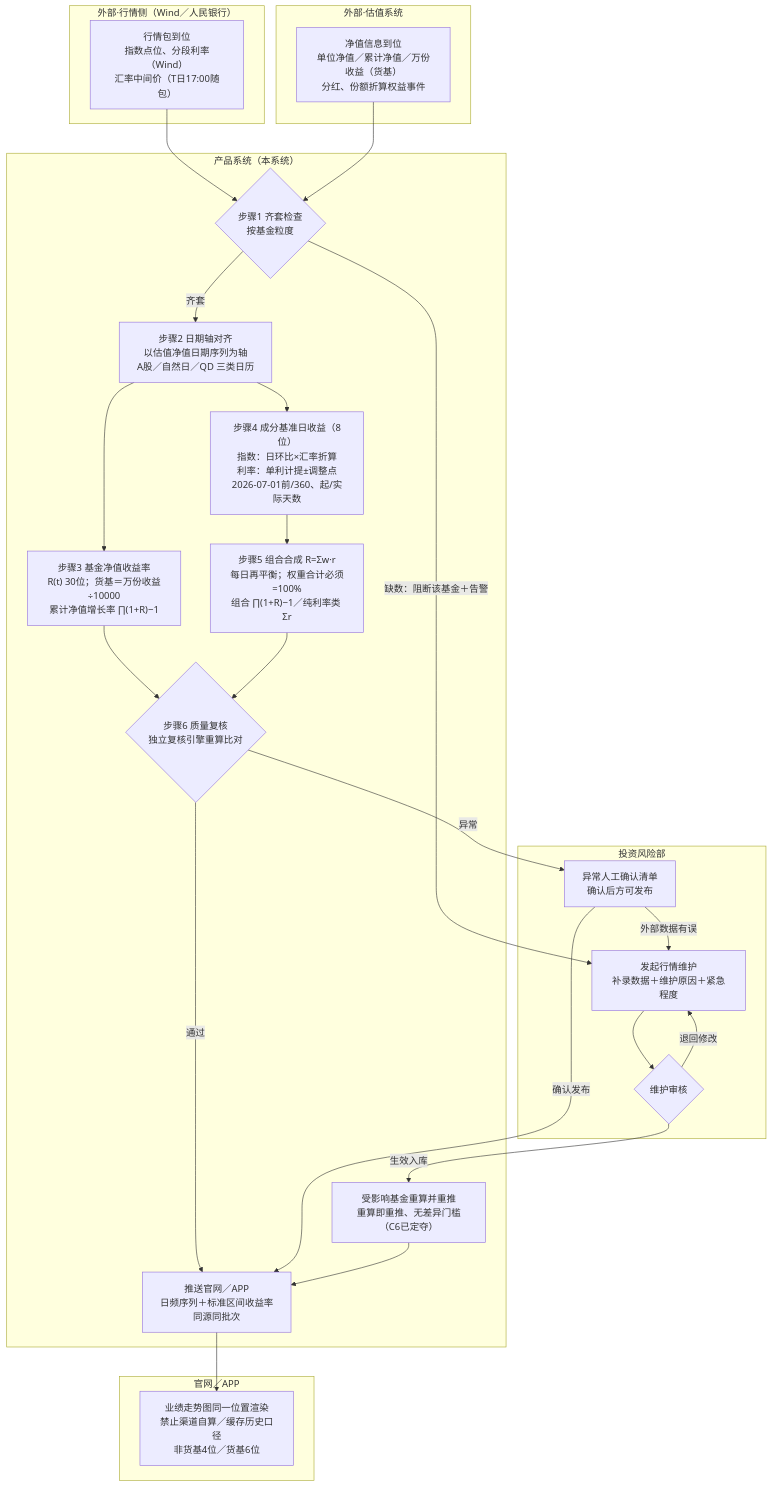
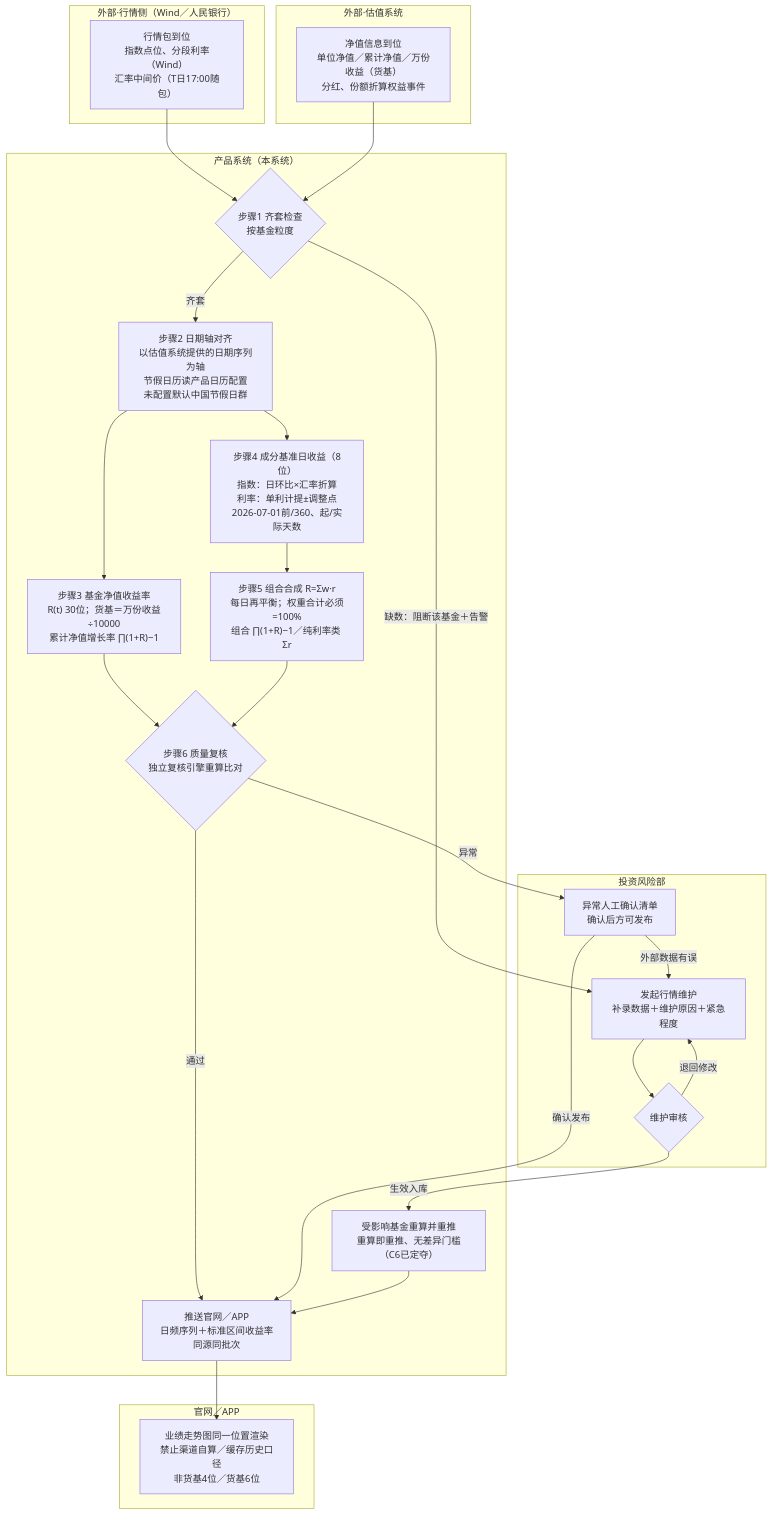
Before and after one commit to jhlw/jhlw: the diagram in 项目/业绩比较基准/流程图/每日计算与披露流程-流程图.md, drawn with Mermaid. The commit also changed other lines of this file and 10 other files, not shown here.

````diff
--- a/项目/业绩比较基准/流程图/每日计算与披露流程-流程图.md
+++ b/项目/业绩比较基准/流程图/每日计算与披露流程-流程图.md
@@ -10,46 +10,46 @@
 ```mermaid
 flowchart TD
     subgraph L1["外部·行情侧（Wind／人民银行）"]
         A["行情包到位<br/>指数点位、分段利率（Wind）<br/>汇率中间价（T日17:00随包）"]
     end
     subgraph L2["外部·估值系统"]
         B["净值信息到位<br/>单位净值／累计净值／万份收益（货基）<br/>分红、份额折算权益事件"]
     end
     subgraph L3["产品系统（本系统）"]
         C{"步骤1 齐套检查<br/>按基金粒度"}
-        D["步骤2 日期轴对齐<br/>以估值净值日期序列为轴<br/>A股／自然日／QD 三类日历"]
+        D["步骤2 日期轴对齐<br/>以估值系统提供的日期序列为轴<br/>节假日历读产品日历配置<br/>未配置默认中国节假日群"]
         E["步骤3 基金净值收益率<br/>R(t) 30位；货基＝万份收益÷10000<br/>累计净值增长率 ∏(1+R)−1"]
         F["步骤4 成分基准日收益（8位）<br/>指数：日环比×汇率折算<br/>利率：单利计提±调整点<br/>2026-07-01前/360、起/实际天数"]
         G["步骤5 组合合成 R=Σw·r<br/>每日再平衡；权重合计必须=100%<br/>组合 ∏(1+R)−1／纯利率类 Σr"]
         H{"步骤6 质量复核<br/>独立复核引擎重算比对"}
         K["推送官网／APP<br/>日频序列＋标准区间收益率<br/>同源同批次"]
         N["受影响基金重算并重推<br/>重算即重推、无差异门槛（C6已定夺）"]
     end
     subgraph L4["投资风险部"]
         I["异常人工确认清单<br/>确认后方可发布"]
         L["发起行情维护<br/>补录数据＋维护原因＋紧急程度"]
         M{"维护审核"}
     end
     subgraph L5["官网／APP"]
         J["业绩走势图同一位置渲染<br/>禁止渠道自算／缓存历史口径<br/>非货基4位／货基6位"]
     end
 
     A --> C
     B --> C
     C -->|齐套| D
     C -->|缺数：阻断该基金＋告警| L
     D --> E
     D --> F
     E --> H
     F --> G
     G --> H
     H -->|通过| K
     H -->|异常| I
     I -->|确认发布| K
     I -->|外部数据有误| L
     K --> J
     L --> M
     M -->|退回修改| L
     M -->|生效入库| N
     N --> K
 ```
````
